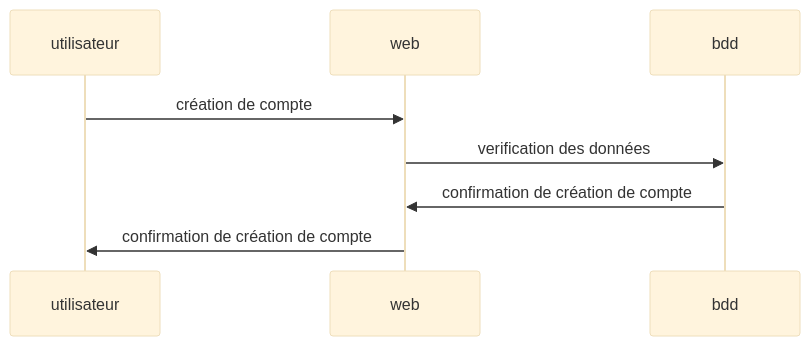
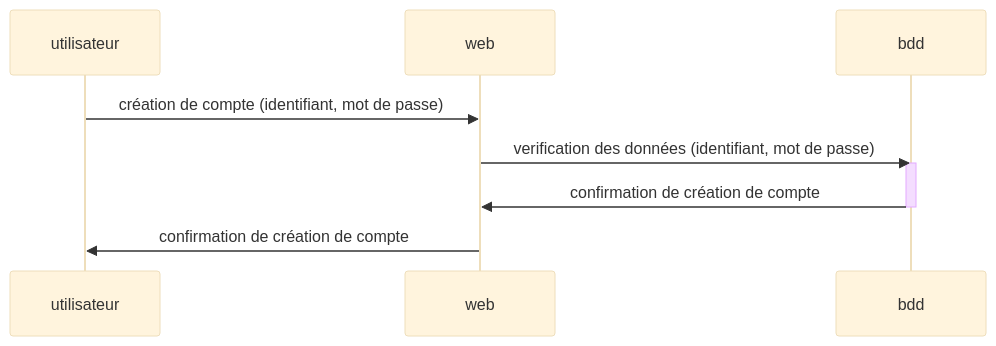
Before and after one commit to Mhivelin/BIBYdex: the second of 5 diagrams in README.md, drawn with Mermaid (base theme). The commit also changed other lines of this file and 5 other files, not shown here.

````diff
--- a/README.md
+++ b/README.md
@@ -72,8 +72,10 @@
 ```mermaid
 sequenceDiagram
 
-utilisateur->>web:création de compte
-web->>bdd:verification des données
-bdd->>web:confirmation de création de compte
+utilisateur->>web:création de compte (identifiant, mot de passe)
+web->>bdd:verification des données (identifiant, mot de passe)
+activate bdd
+bdd->>web:confirmation de création de compte 
+deactivate bdd
 web->>utilisateur:confirmation de création de compte
 ```
````
